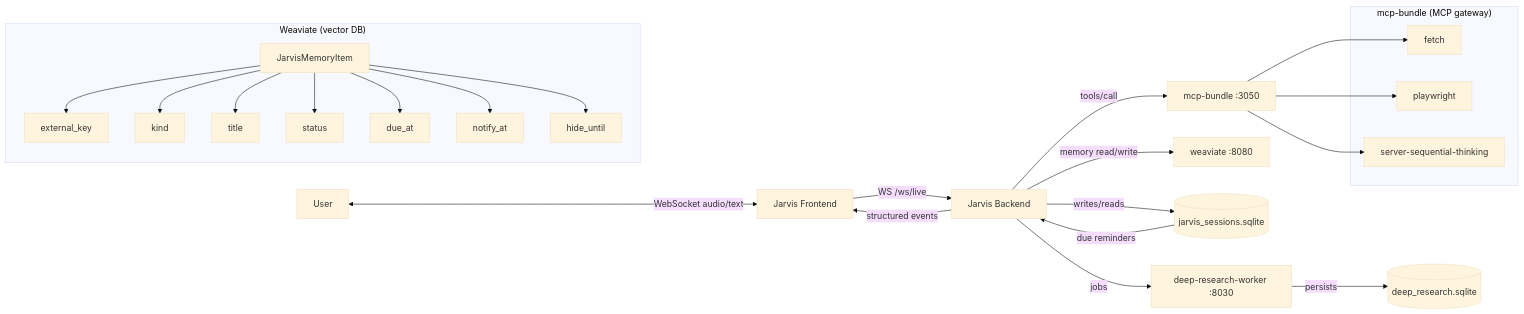
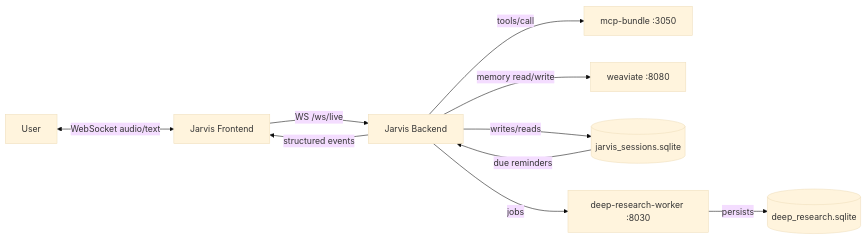
One commit to tonezzz/chaba changed the first of 3 diagrams in services/assistance/README.md. Above: the diagram before and after it, drawn with Mermaid (base theme).

Commit message:
docs: split README mermaid graphs

````diff
--- a/services/assistance/README.md
+++ b/services/assistance/README.md
@@ -5,44 +5,15 @@
 ```mermaid
 flowchart LR
   U[User] <-->|WebSocket audio/text| FE[Jarvis Frontend]
   FE -->|WS /ws/live| BE[Jarvis Backend]
 
   BE -->|tools/call| MCP[mcp-bundle :3050]
   BE -->|memory read/write| WV[weaviate :8080]
   BE -->|writes/reads| DB[(jarvis_sessions.sqlite)]
 
   BE -->|jobs| DR[deep-research-worker :8030]
   DR -->|persists| DRDB[(deep_research.sqlite)]
 
   DB -->|due reminders| BE
   BE -->|structured events| FE
-
-  subgraph MCP_bundle["mcp-bundle (MCP gateway)"]
-    MCPF[fetch]
-    MCPP[playwright]
-    MCPS[server-sequential-thinking]
-  end
-
-  MCP --> MCPF
-  MCP --> MCPP
-  MCP --> MCPS
-
-  subgraph WEAVIATE["Weaviate (vector DB)"]
-    WVC[JarvisMemoryItem]
-    WVK[external_key]
-    WVKind[kind]
-    WVStatus[status]
-    WVDue[due_at]
-    WVNotify[notify_at]
-    WVHide[hide_until]
-    WVTitle[title]
-  end
-
-  WVC --> WVK
-  WVC --> WVKind
-  WVC --> WVTitle
-  WVC --> WVStatus
-  WVC --> WVDue
-  WVC --> WVNotify
-  WVC --> WVHide
 ```
````
